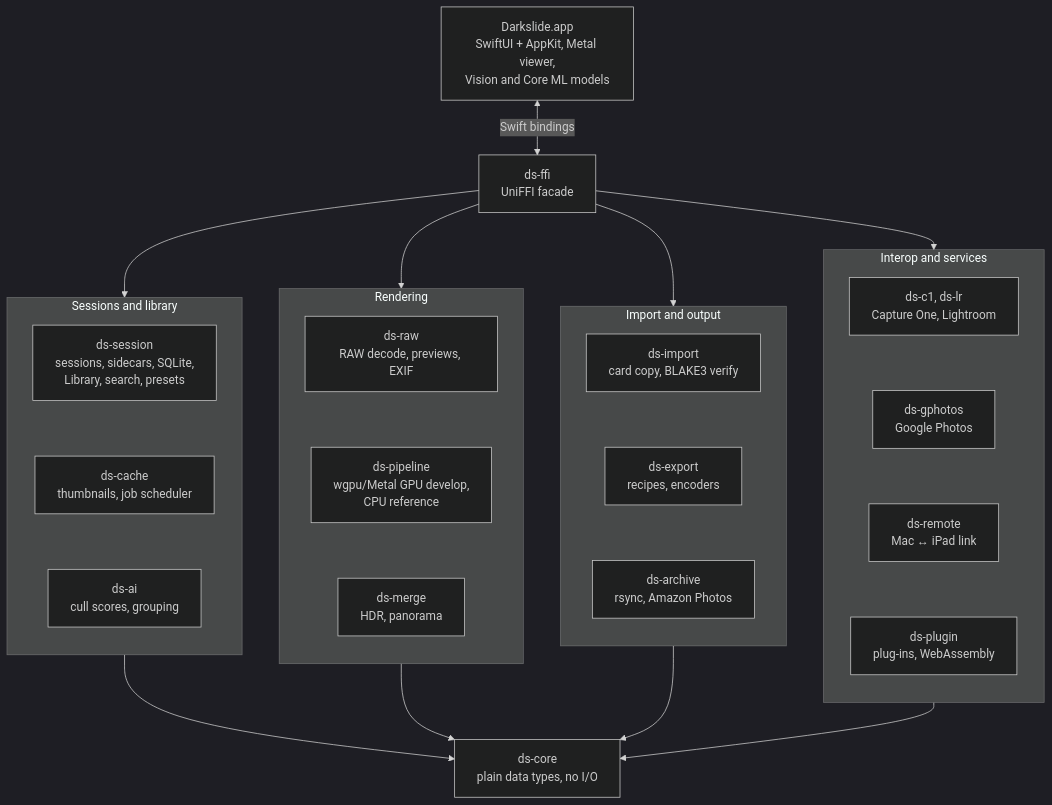
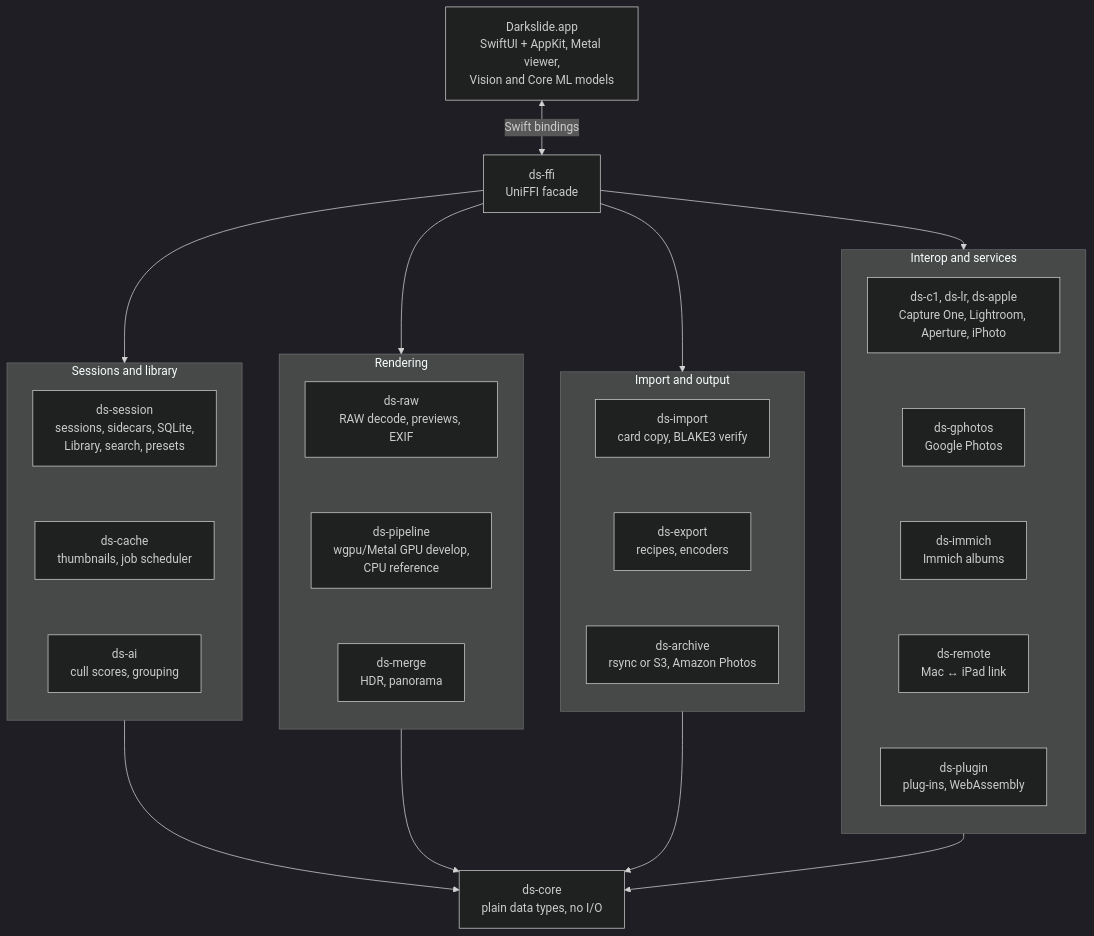
One commit to sbaillar/darkslide changed the first of 4 diagrams in README.md. Above: the diagram before and after it, drawn with Mermaid (dark theme). The commit also changed other lines of this file and 169 other files, not shown here.

````diff
--- a/README.md
+++ b/README.md
@@ -186,26 +224,26 @@
 ```mermaid
 flowchart TD
     App["Darkslide.app<br/>SwiftUI + AppKit, Metal viewer,<br/>Vision and Core ML models"]
     FFI["ds-ffi<br/>UniFFI facade"]
     App <-->|"Swift bindings"| FFI
     FFI --> Library & Render & Flow & Connect
 
     subgraph Library["Sessions and library"]
         direction TB
         Session["ds-session<br/>sessions, sidecars, SQLite,<br/>Library, search, presets"] ~~~ Cache["ds-cache<br/>thumbnails, job scheduler"] ~~~ AI["ds-ai<br/>cull scores, grouping"]
     end
     subgraph Render["Rendering"]
         direction TB
         Raw["ds-raw<br/>RAW decode, previews, EXIF"] ~~~ Pipeline["ds-pipeline<br/>wgpu/Metal GPU develop,<br/>CPU reference"] ~~~ Merge["ds-merge<br/>HDR, panorama"]
     end
     subgraph Flow["Import and output"]
         direction TB
-        Import["ds-import<br/>card copy, BLAKE3 verify"] ~~~ Export["ds-export<br/>recipes, encoders"] ~~~ Archive["ds-archive<br/>rsync, Amazon Photos"]
+        Import["ds-import<br/>card copy, BLAKE3 verify"] ~~~ Export["ds-export<br/>recipes, encoders"] ~~~ Archive["ds-archive<br/>rsync or S3, Amazon Photos"]
     end
     subgraph Connect["Interop and services"]
         direction TB
-        Interop["ds-c1, ds-lr<br/>Capture One, Lightroom"] ~~~ GPhotos["ds-gphotos<br/>Google Photos"] ~~~ Remote["ds-remote<br/>Mac ↔ iPad link"] ~~~ Plugin["ds-plugin<br/>plug-ins, WebAssembly"]
+        Interop["ds-c1, ds-lr, ds-apple<br/>Capture One, Lightroom, Aperture, iPhoto"] ~~~ GPhotos["ds-gphotos<br/>Google Photos"] ~~~ Immich["ds-immich<br/>Immich albums"] ~~~ Remote["ds-remote<br/>Mac ↔ iPad link"] ~~~ Plugin["ds-plugin<br/>plug-ins, WebAssembly"]
     end
 
     Library & Render & Flow & Connect --> Core["ds-core<br/>plain data types, no I/O"]
 ```
````
